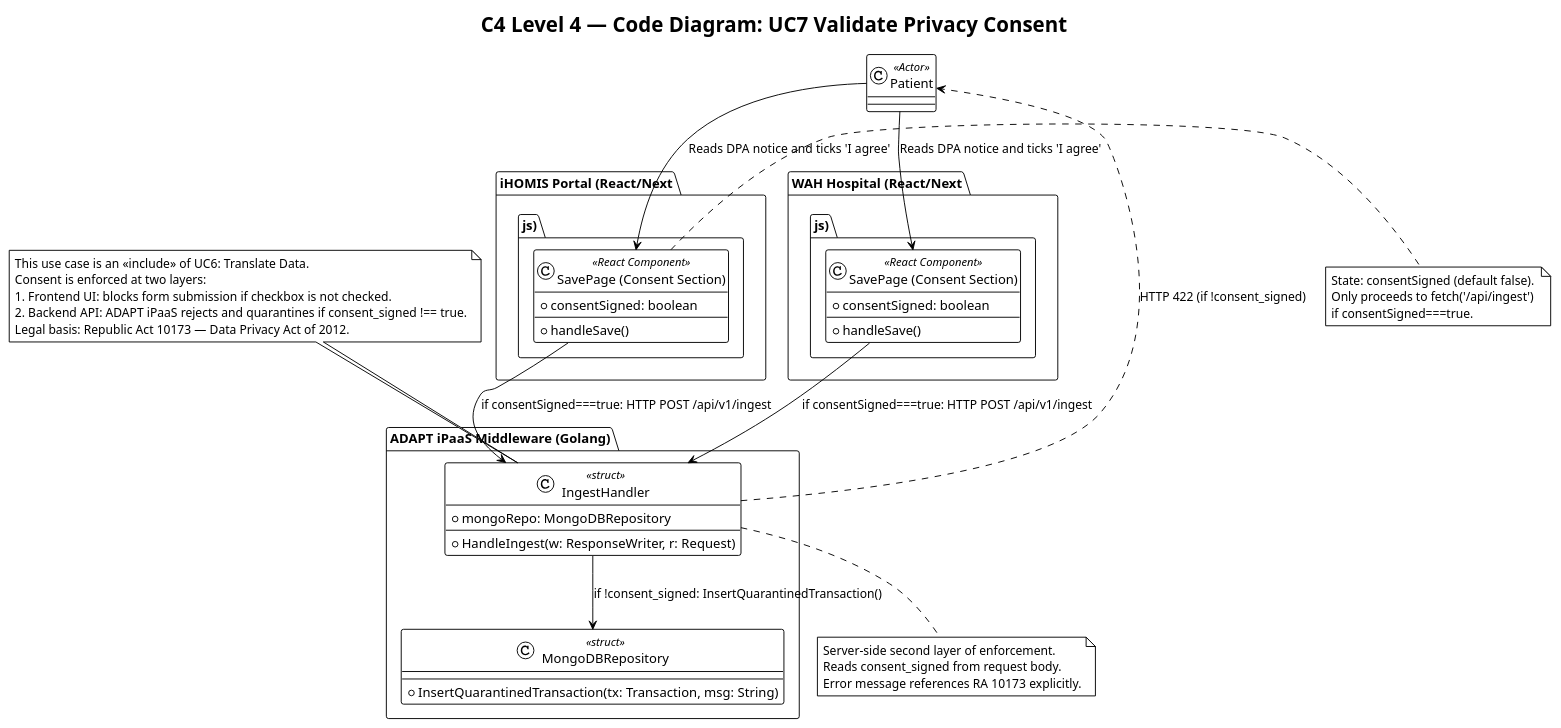
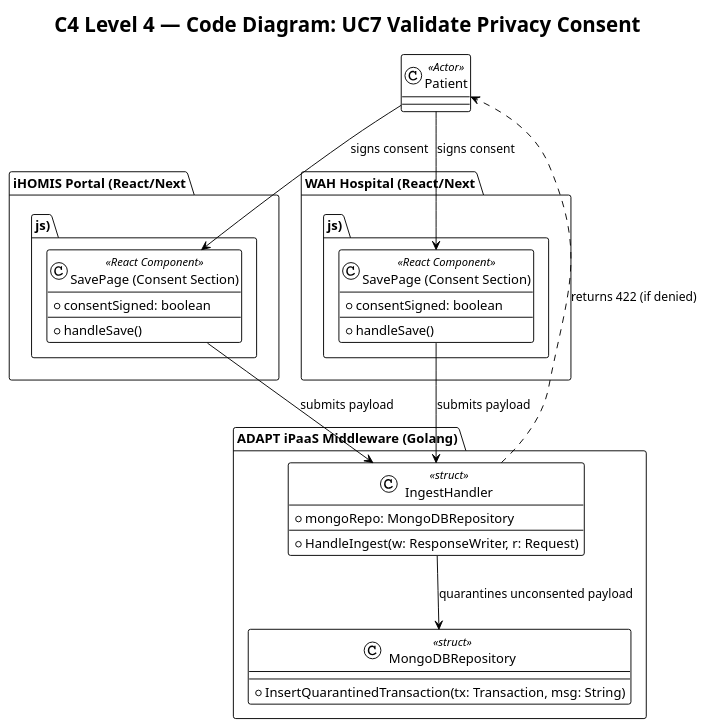
The diagram in diagrams/c4_diagram/code_diagram/uc7_validate_privacy_consent.puml (Vince0028/WAH4PCE-MERGE-CONFLICT), drawn with PlantUML before and after one commit. The commit also changed 10 other files, not shown here.

```diff
--- a/diagrams/c4_diagram/code_diagram/uc7_validate_privacy_consent.puml
+++ b/diagrams/c4_diagram/code_diagram/uc7_validate_privacy_consent.puml
@@ -1,62 +1,41 @@
 @startuml UC7_Validate_Privacy_Consent
 !theme plain
 title C4 Level 4 — Code Diagram: UC7 Validate Privacy Consent
-
 
 class Patient <<Actor>>
 
 package "iHOMIS Portal (React/Next.js)" {
     class "SavePage (Consent Section)" as iHOMISConsent <<React Component>> {
         + consentSigned: boolean
         + handleSave()
     }
 }
 
 package "WAH Hospital (React/Next.js)" {
     class "SavePage (Consent Section)" as WAHConsent <<React Component>> {
         + consentSigned: boolean
         + handleSave()
     }
 }
 
 package "ADAPT iPaaS Middleware (Golang)" {
     class IngestHandler <<struct>> {
         + mongoRepo: MongoDBRepository
         + HandleIngest(w: ResponseWriter, r: Request)
     }
 
     class MongoDBRepository <<struct>> {
         + InsertQuarantinedTransaction(tx: Transaction, msg: String)
     }
 }
 
-Patient --> iHOMISConsent : Reads DPA notice and ticks 'I agree'
-Patient --> WAHConsent : Reads DPA notice and ticks 'I agree'
+Patient --> iHOMISConsent : signs consent
+Patient --> WAHConsent : signs consent
 
-iHOMISConsent --> IngestHandler : if consentSigned===true: HTTP POST /api/v1/ingest
-WAHConsent --> IngestHandler : if consentSigned===true: HTTP POST /api/v1/ingest
+iHOMISConsent --> IngestHandler : submits payload
+WAHConsent --> IngestHandler : submits payload
 
-IngestHandler --> MongoDBRepository : if !consent_signed: InsertQuarantinedTransaction()
-IngestHandler ..> Patient : HTTP 422 (if !consent_signed)
-
-note right of iHOMISConsent
-  State: consentSigned (default false).
-  Only proceeds to fetch('/api/ingest') 
-  if consentSigned===true.
-end note
-
-note bottom of IngestHandler
-  Server-side second layer of enforcement.
-  Reads consent_signed from request body.
-  Error message references RA 10173 explicitly.
-end note
-
-note top of IngestHandler
-  This use case is an <<include>> of UC6: Translate Data.
-  Consent is enforced at two layers:
-  1. Frontend UI: blocks form submission if checkbox is not checked.
-  2. Backend API: ADAPT iPaaS rejects and quarantines if consent_signed !== true.
-  Legal basis: Republic Act 10173 — Data Privacy Act of 2012.
-end note
+IngestHandler --> MongoDBRepository : quarantines unconsented payload
+IngestHandler ..> Patient : returns 422 (if denied)
 
 @enduml
```
